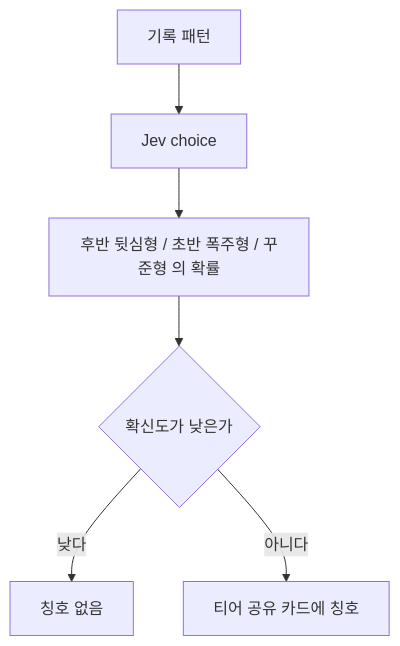
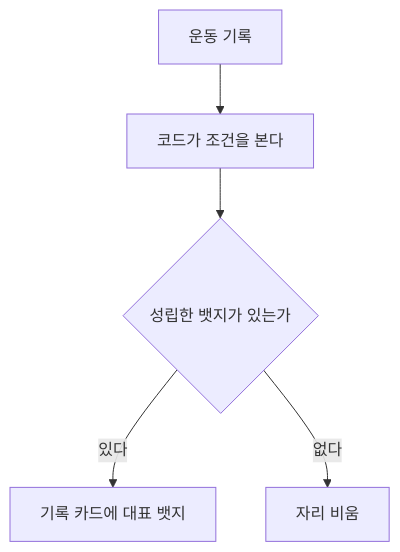
The diagram in docs/v4/features/runner-type.md (BeomhyunPark/hoohaa), drawn with Mermaid before and after one commit. The commit also changed other lines of this file and 9 other files, not shown here.

````diff
--- a/docs/v4/features/runner-type.md
+++ b/docs/v4/features/runner-type.md
@@ -17,8 +13,7 @@
 ```mermaid
 flowchart TD
-  pattern["기록 패턴"] --> jev["Jev choice"]
-  jev --> title["후반 뒷심형 / 초반 폭주형 / 꾸준형 의 확률"]
-  title --> gate{"확신도가 낮은가"}
-  gate -->|낮다| hold["칭호 없음"]
-  gate -->|아니다| card["티어 공유 카드에 칭호"]
+  rec["운동 기록"] --> code["코드가 조건을 본다"]
+  code --> some{"성립한 뱃지가 있는가"}
+  some -->|있다| card["기록 카드에 대표 뱃지"]
+  some -->|없다| empty["자리 비움"]
 ```
````
